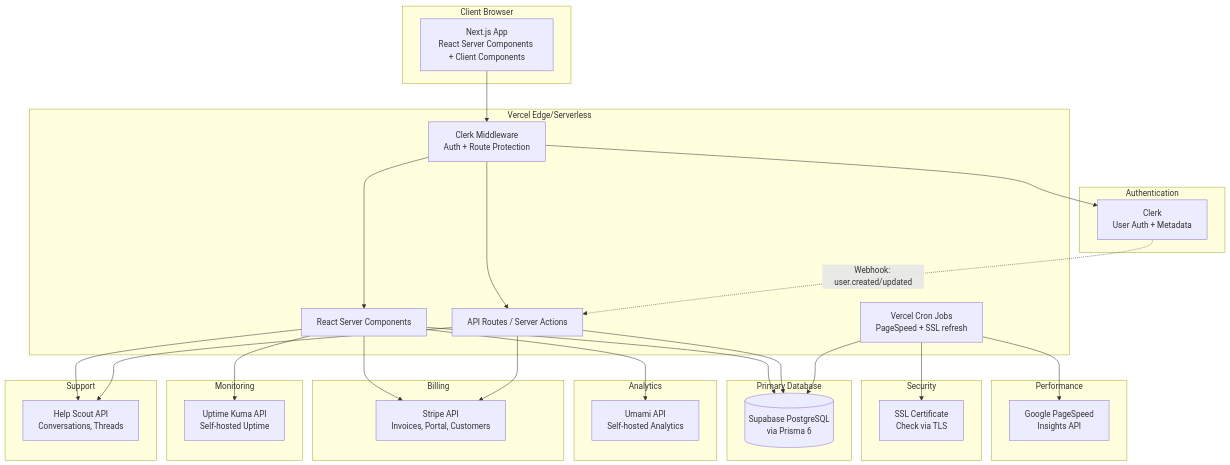
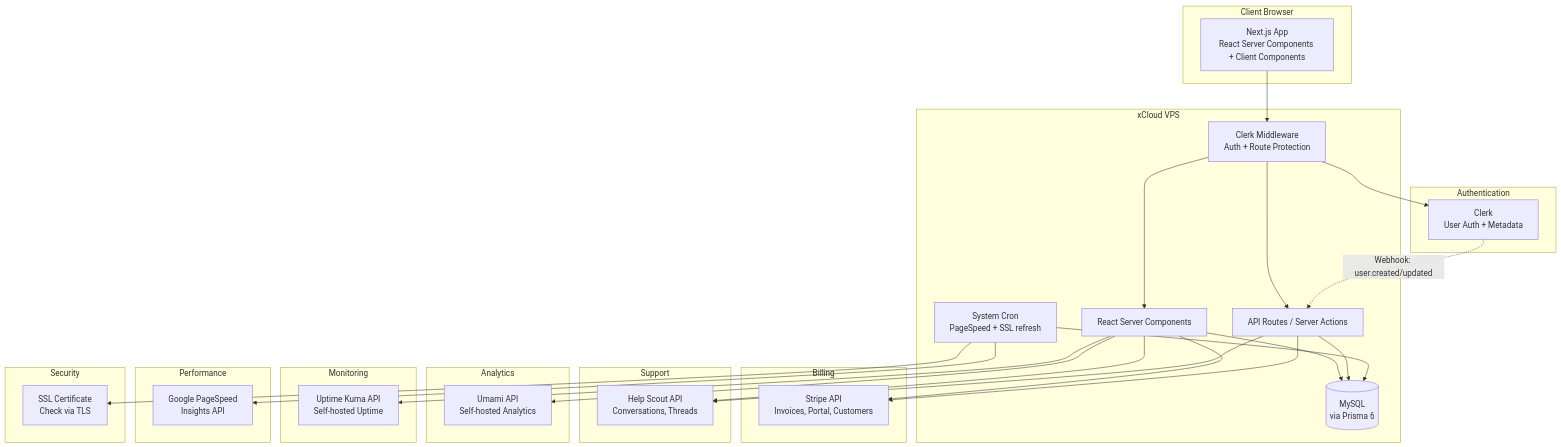
The diagram in docs/ARCHITECTURE.md (AllPhaseMedia/apmuc-portal), drawn with Mermaid before and after one commit. The commit also changed other lines of this file and 6 other files, not shown here.

First line of the commit message:
refactor: switch from Vercel/Supabase to xCloud VPS with MySQL

````diff
--- a/docs/ARCHITECTURE.md
+++ b/docs/ARCHITECTURE.md
@@ -15,62 +15,59 @@
 ```mermaid
 graph TB
     subgraph "Client Browser"
         UI[Next.js App<br/>React Server Components + Client Components]
     end
 
-    subgraph "Vercel Edge/Serverless"
+    subgraph "xCloud VPS"
         MW[Clerk Middleware<br/>Auth + Route Protection]
         RSC[React Server Components]
         API[API Routes / Server Actions]
-        CRON[Vercel Cron Jobs<br/>PageSpeed + SSL refresh]
-    end
-
-    subgraph "Primary Database"
-        DB[(Supabase PostgreSQL<br/>via Prisma 6)]
+        CRON[System Cron<br/>PageSpeed + SSL refresh]
+        DB[(MySQL<br/>via Prisma 6)]
     end
 
     subgraph "Authentication"
         CLERK[Clerk<br/>User Auth + Metadata]
     end
 
     subgraph "Billing"
         STRIPE[Stripe API<br/>Invoices, Portal, Customers]
     end
 
     subgraph "Support"
         HELPSCOUT[Help Scout API<br/>Conversations, Threads]
     end
 
     subgraph "Analytics"
         UMAMI[Umami API<br/>Self-hosted Analytics]
     end
 
     subgraph "Monitoring"
         UPTIME[Uptime Kuma API<br/>Self-hosted Uptime]
     end
 
     subgraph "Performance"
         PSI[Google PageSpeed<br/>Insights API]
     end
 
     subgraph "Security"
         SSL[SSL Certificate<br/>Check via TLS]
     end
 
     UI --> MW
     MW --> CLERK
     MW --> RSC
     MW --> API
     RSC --> DB
     RSC --> STRIPE
     RSC --> HELPSCOUT
     RSC --> UMAMI
     RSC --> UPTIME
     API --> DB
     API --> STRIPE
     API --> HELPSCOUT
     CRON --> PSI
     CRON --> SSL
     CRON --> DB
     CLERK -.->|Webhook: user.created/updated| API
 ```
````
